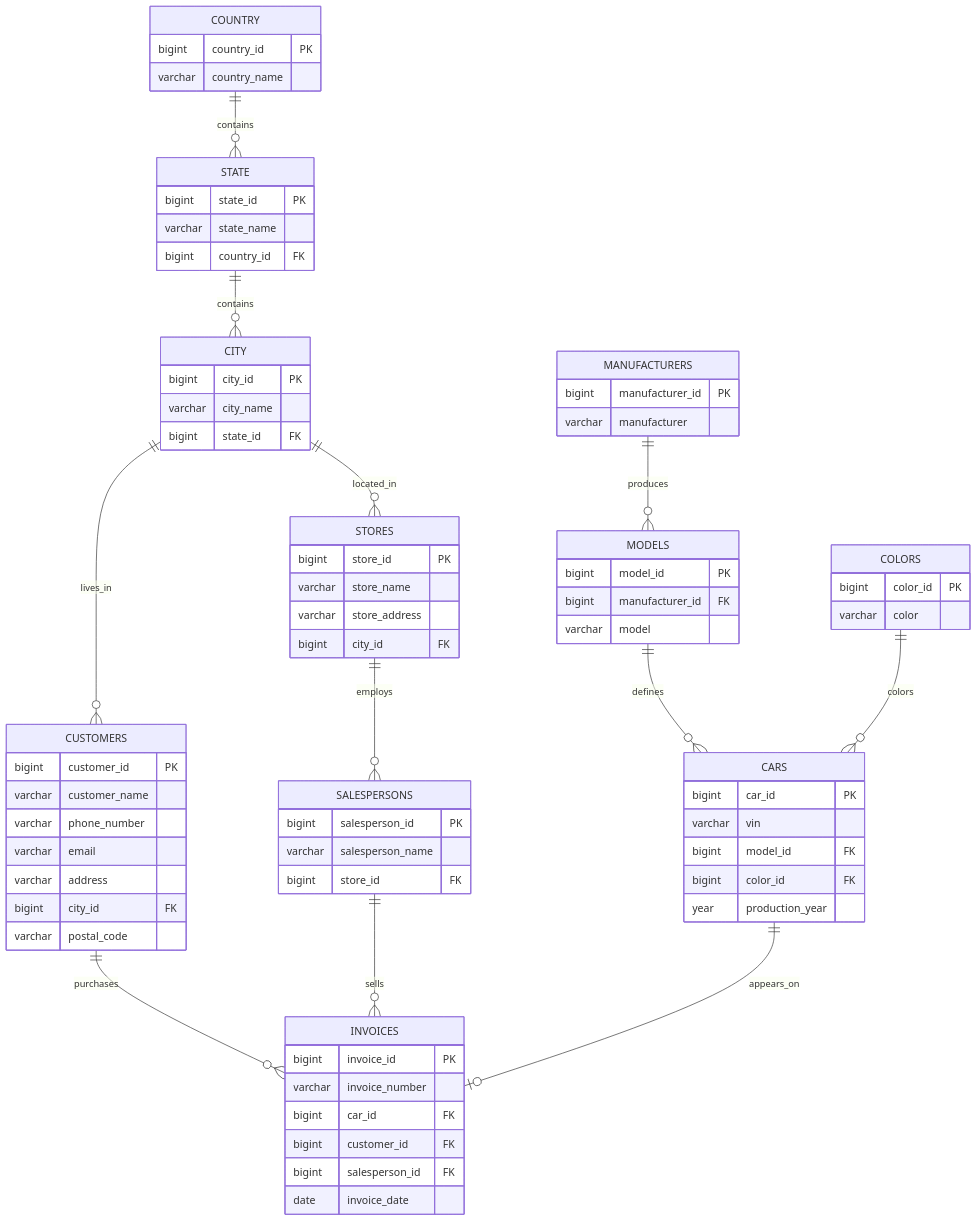
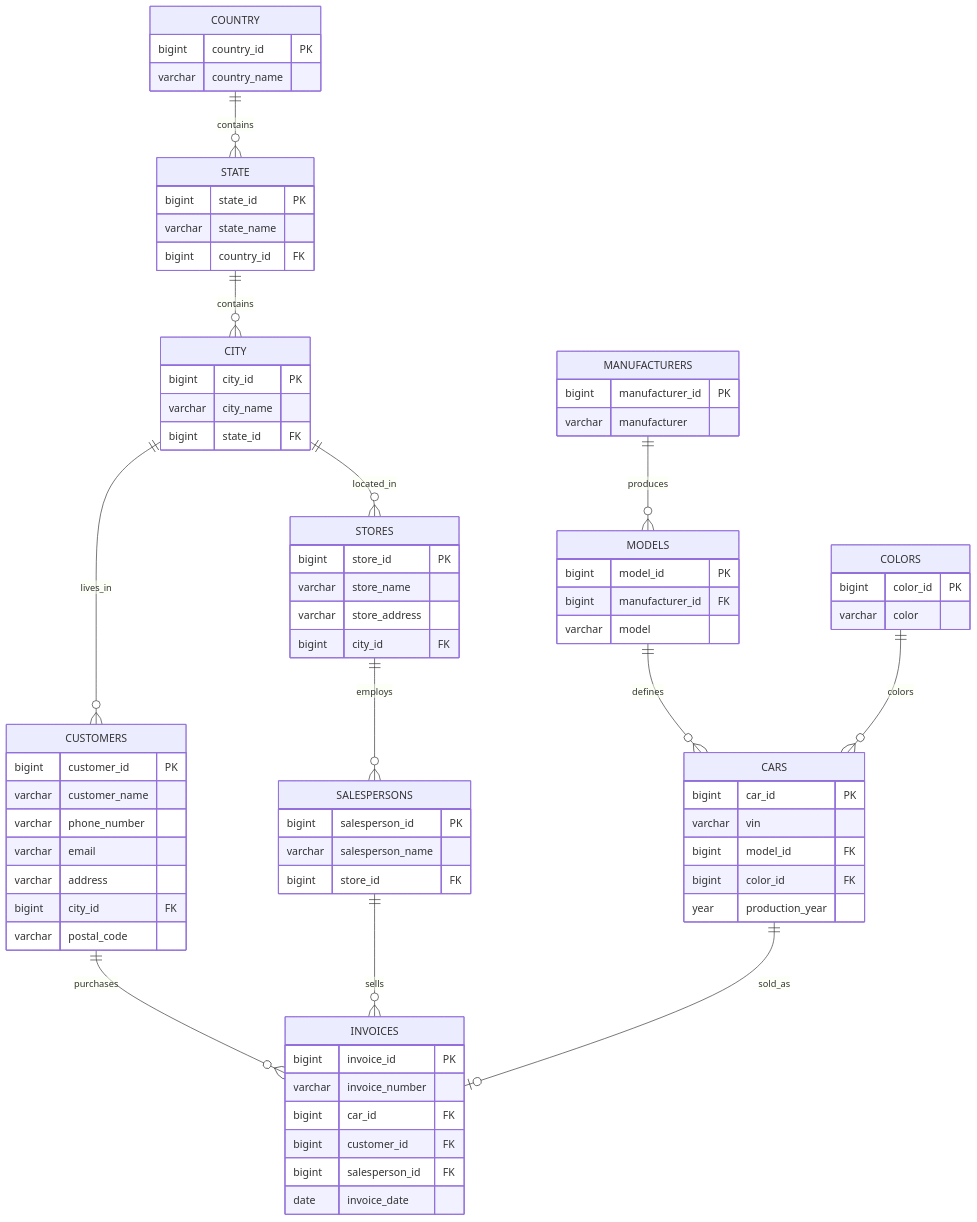
One commit to mosijituo049/lab-sql-mysql-db-creation changed the diagram in README.md. Above: the diagram before and after it, drawn with Mermaid. The commit also changed other lines of this file, not shown here.

```diff
--- a/README.md
+++ b/README.md
@@ -103,7 +103,7 @@
 
     CUSTOMERS ||--o{ INVOICES : purchases
     SALESPERSONS ||--o{ INVOICES : sells
-    CARS ||--o| INVOICES : appears_on
+    CARS ||--o| INVOICES : sold_as
 
     COUNTRY {
         bigint country_id PK
```
